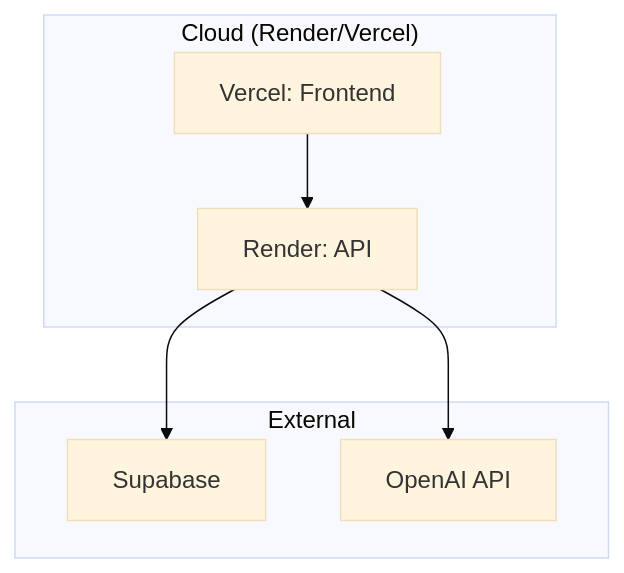
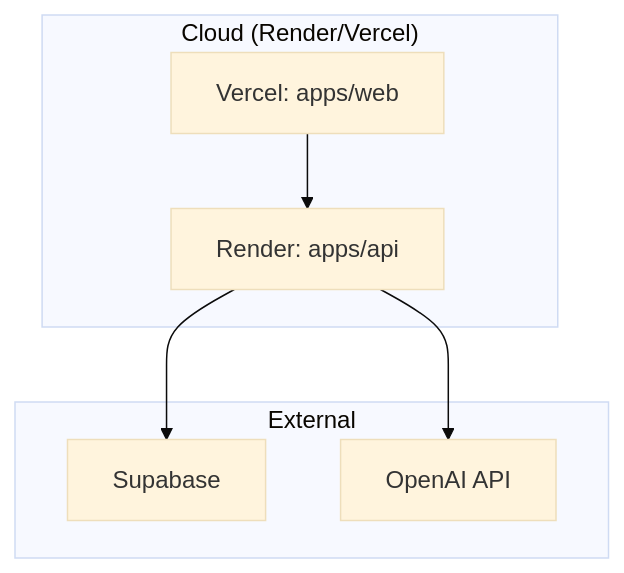
Before and after one commit to Pool-Sync/kaldra_core: the sixth of 6 diagrams in docs/v2/01_ARCHITECTURE/SYSTEM_OVERVIEW.md, drawn with Mermaid (base theme). The commit also changed 81 other files, not shown here.

````diff
--- a/docs/v2/01_ARCHITECTURE/SYSTEM_OVERVIEW.md
+++ b/docs/v2/01_ARCHITECTURE/SYSTEM_OVERVIEW.md
@@ -234,16 +234,16 @@
 ```mermaid
 flowchart TB
     subgraph Cloud["Cloud (Render/Vercel)"]
-        VERCEL[Vercel: Frontend]
-        RENDER[Render: API]
+        VERCEL[Vercel: apps/web]
+        RENDER[Render: apps/api]
     end
 
     subgraph External
         SUPABASE[Supabase]
         OPENAI[OpenAI API]
     end
 
     VERCEL --> RENDER
     RENDER --> SUPABASE
     RENDER --> OPENAI
 ```
````
